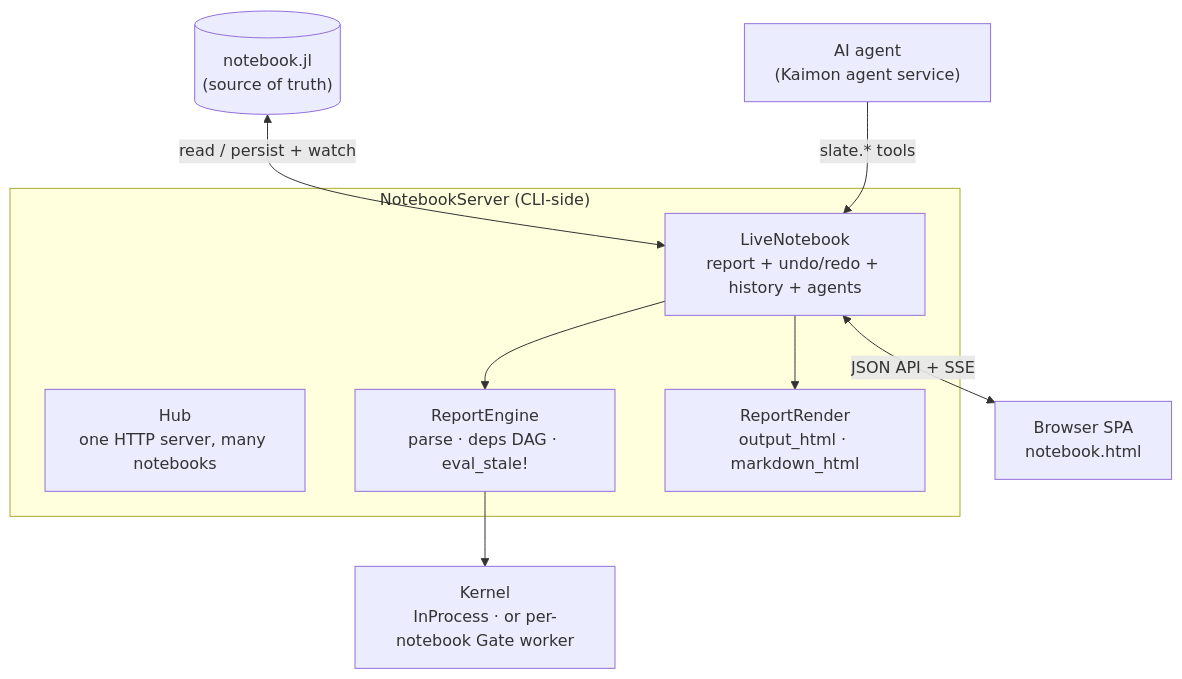
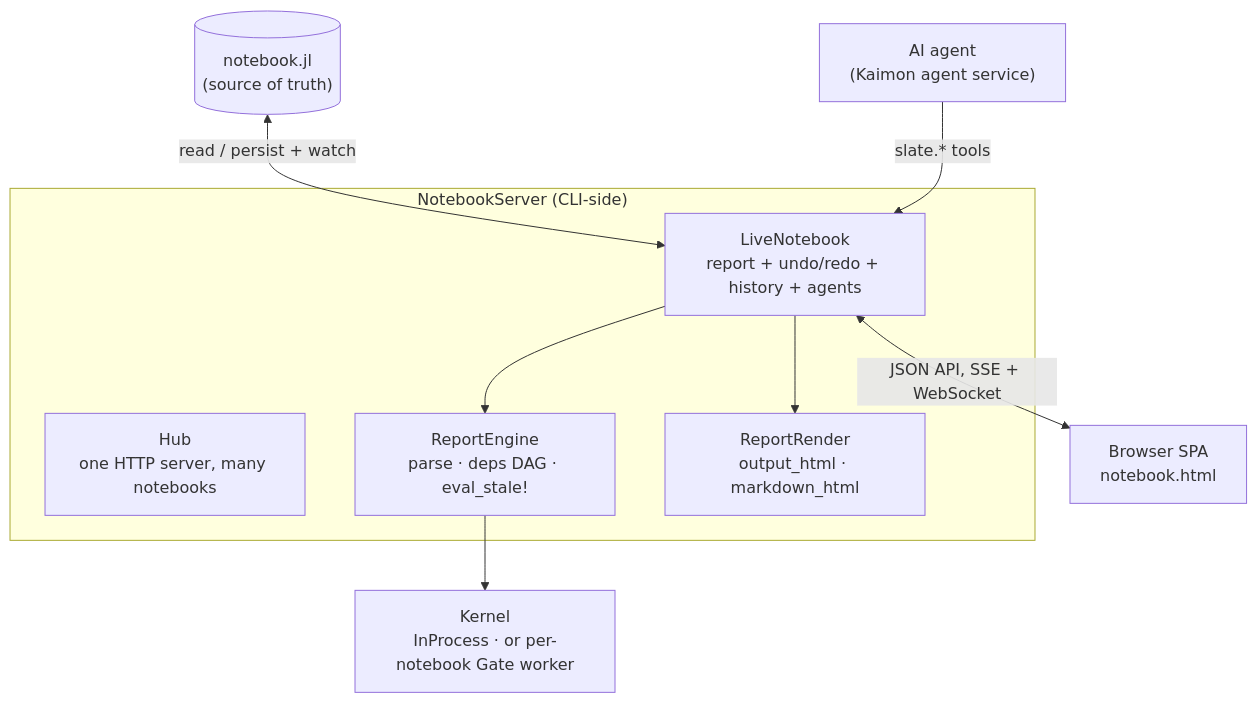
One commit to kahliburke/KaimonSlate.jl changed the diagram in docs/src/architecture.md. Above: the diagram before and after it, drawn with Mermaid. The commit also changed other lines of this file, not shown here.

Commit message:
Add the job cell, the page WebSocket, the facts stream and the worker channels to the architecture page

````diff
--- a/docs/src/architecture.md
+++ b/docs/src/architecture.md
@@ -7,20 +7,20 @@
 ```mermaid
 flowchart TB
   file[("notebook.jl<br/>(source of truth)")]
   subgraph server["NotebookServer (CLI-side)"]
     hub["Hub<br/>one HTTP server, many notebooks"]
     live["LiveNotebook<br/>report + undo/redo + history + agents"]
     engine["ReportEngine<br/>parse · deps DAG · eval_stale!"]
     render["ReportRender<br/>output_html · markdown_html"]
   end
   kernel["Kernel<br/>InProcess · or per-notebook Gate worker"]
   browser["Browser SPA<br/>notebook.html"]
   agent["AI agent<br/>(Kaimon agent service)"]
 
   file <-->|read / persist + watch| live
   live --> engine
   engine --> kernel
   live --> render
-  live <-->|JSON API + SSE| browser
+  live <-->|JSON API, SSE + WebSocket| browser
   agent -->|slate.* tools| live
 ```
````
